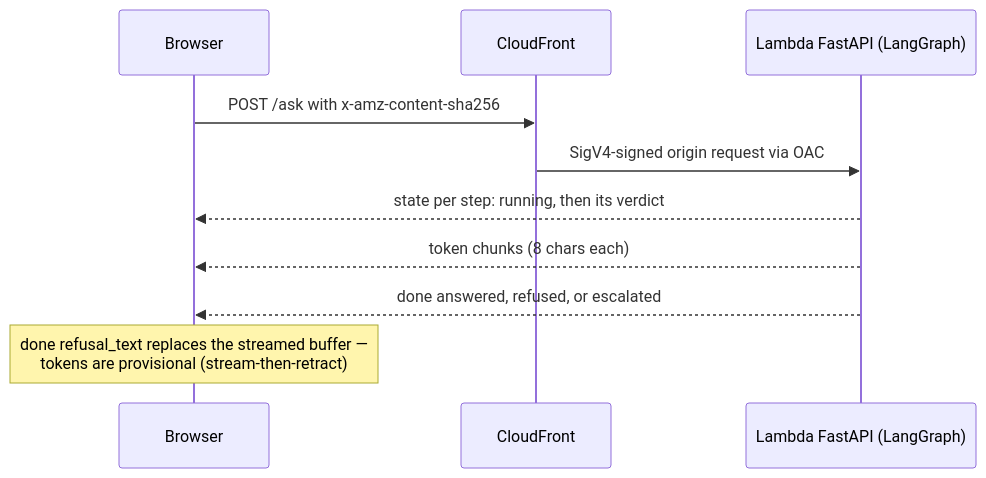
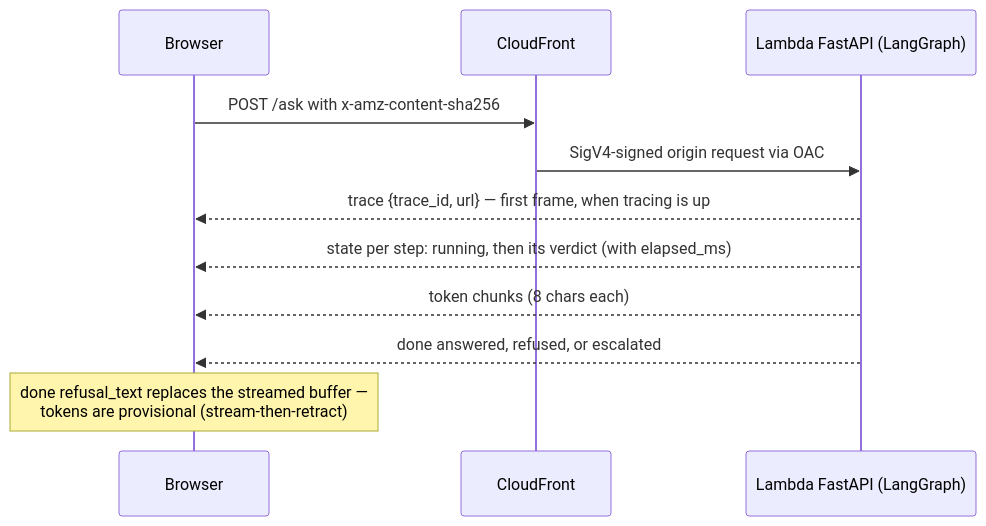
Before and after one commit to Nextasy-Apps-LLC/marcuss-cadre-test: the diagram in openwiki/domain/sse-contract.md, drawn with Mermaid. The commit also changed other lines of this file and 9 other files, not shown here.

````diff
--- a/openwiki/domain/sse-contract.md
+++ b/openwiki/domain/sse-contract.md
@@ -35,12 +36,13 @@
 ```mermaid
 sequenceDiagram
   participant B as Browser
   participant CF as CloudFront
   participant L as Lambda FastAPI (LangGraph)
   B->>CF: POST /ask with x-amz-content-sha256
   CF->>L: SigV4-signed origin request via OAC
-  L-->>B: state per step: running, then its verdict
+  L-->>B: trace {trace_id, url} — first frame, when tracing is up
+  L-->>B: state per step: running, then its verdict (with elapsed_ms)
   L-->>B: token chunks (8 chars each)
   L-->>B: done answered, refused, or escalated
   Note over B: done refusal_text replaces the streamed buffer —<br/>tokens are provisional (stream-then-retract)
 ```
````
